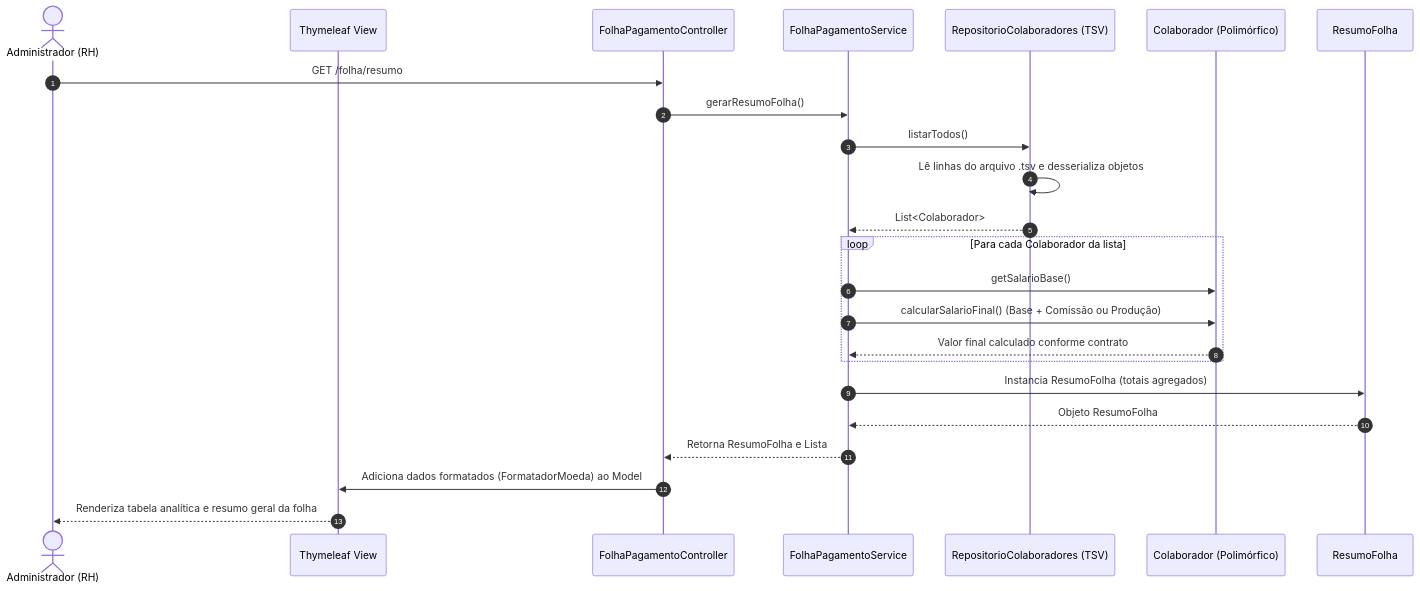
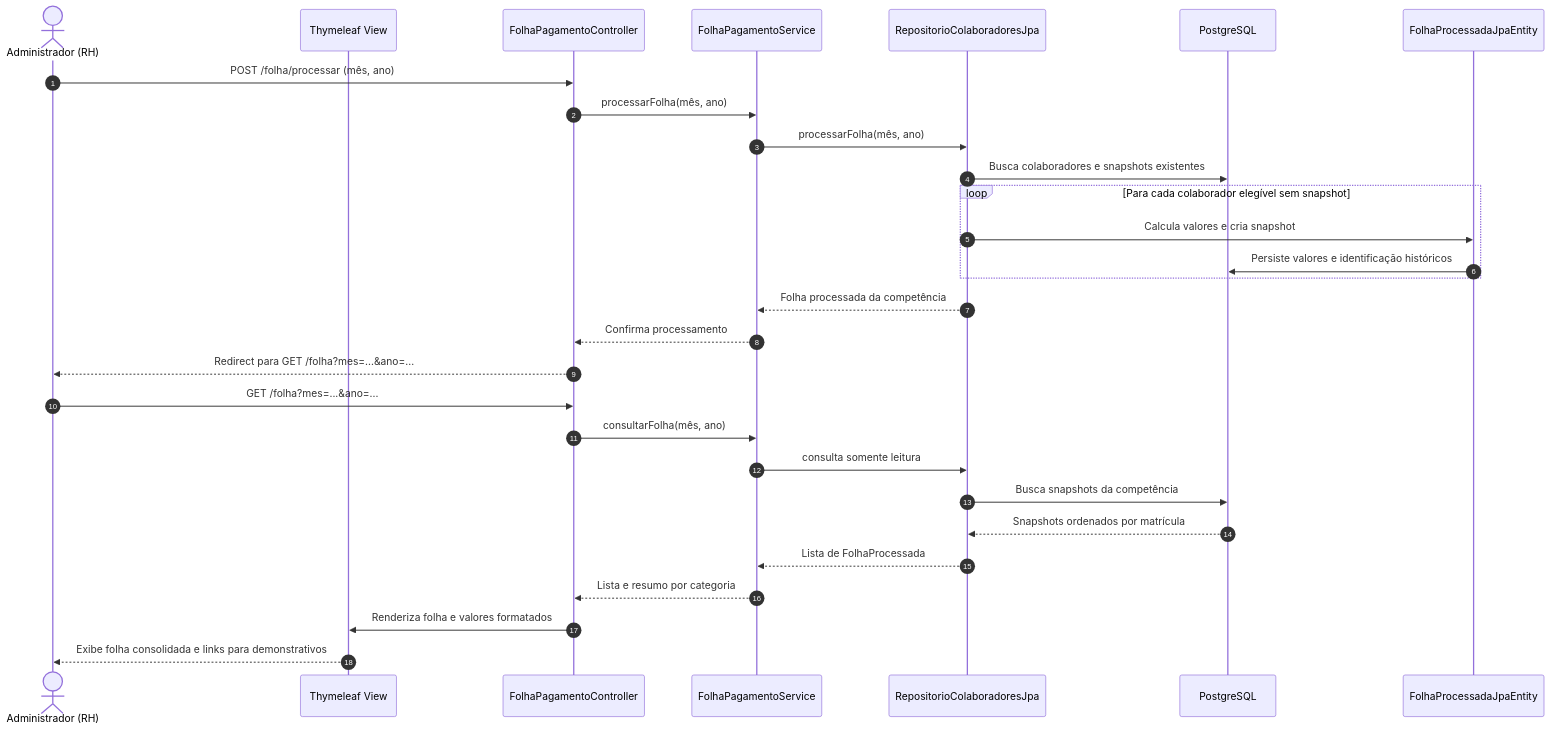
One commit to aruwer/FolhaPagamento changed the fourth of 5 diagrams in docs/Arquitetura.md. Above: the diagram before and after it, drawn with Mermaid. The commit also changed other lines of this file and 41 other files, not shown here.

````diff
--- a/docs/Arquitetura.md
+++ b/docs/Arquitetura.md
@@ -192,29 +239,32 @@
 ```mermaid
 sequenceDiagram
     autonumber
     actor Admin as Administrador (RH)
     participant View as Thymeleaf View
     participant Control as FolhaPagamentoController
     participant Service as FolhaPagamentoService
-    participant Repo as RepositorioColaboradores (TSV)
-    participant Domain as Colaborador (Polimórfico)
-    participant Resumo as ResumoFolha
+    participant Repo as RepositorioColaboradoresJpa
+    participant Db as PostgreSQL
+    participant Snapshot as FolhaProcessadaJpaEntity
 
-    Admin->>Control: GET /folha/resumo
-    Control->>Service: gerarResumoFolha()
-    Service->>Repo: listarTodos()
-    Repo->>Repo: Lê linhas do arquivo .tsv e desserializa objetos
-    Repo-->>Service: List<Colaborador>
-    
-    loop Para cada Colaborador da lista
-        Service->>Domain: getSalarioBase()
-        Service->>Domain: calcularSalarioFinal() (Base + Comissão ou Produção)
-        Domain-->>Service: Valor final calculado conforme contrato
+    Admin->>Control: POST /folha/processar (mês, ano)
+    Control->>Service: processarFolha(mês, ano)
+    Service->>Repo: processarFolha(mês, ano)
+    Repo->>Db: Busca colaboradores e snapshots existentes
+    loop Para cada colaborador elegível sem snapshot
+        Repo->>Snapshot: Calcula valores e cria snapshot
+        Snapshot->>Db: Persiste valores e identificação históricos
     end
-    
-    Service->>Resumo: Instancia ResumoFolha (totais agregados)
-    Resumo-->>Service: Objeto ResumoFolha
-    Service-->>Control: Retorna ResumoFolha e Lista
-    Control->>View: Adiciona dados formatados (FormatadorMoeda) ao Model
-    View-->>Admin: Renderiza tabela analítica e resumo geral da folha
+    Repo-->>Service: Folha processada da competência
+    Service-->>Control: Confirma processamento
+    Control-->>Admin: Redirect para GET /folha?mes=...&ano=...
+    Admin->>Control: GET /folha?mes=...&ano=...
+    Control->>Service: consultarFolha(mês, ano)
+    Service->>Repo: consulta somente leitura
+    Repo->>Db: Busca snapshots da competência
+    Db-->>Repo: Snapshots ordenados por matrícula
+    Repo-->>Service: Lista de FolhaProcessada
+    Service-->>Control: Lista e resumo por categoria
+    Control->>View: Renderiza folha e valores formatados
+    View-->>Admin: Exibe folha consolidada e links para demonstrativos
 ```
````
